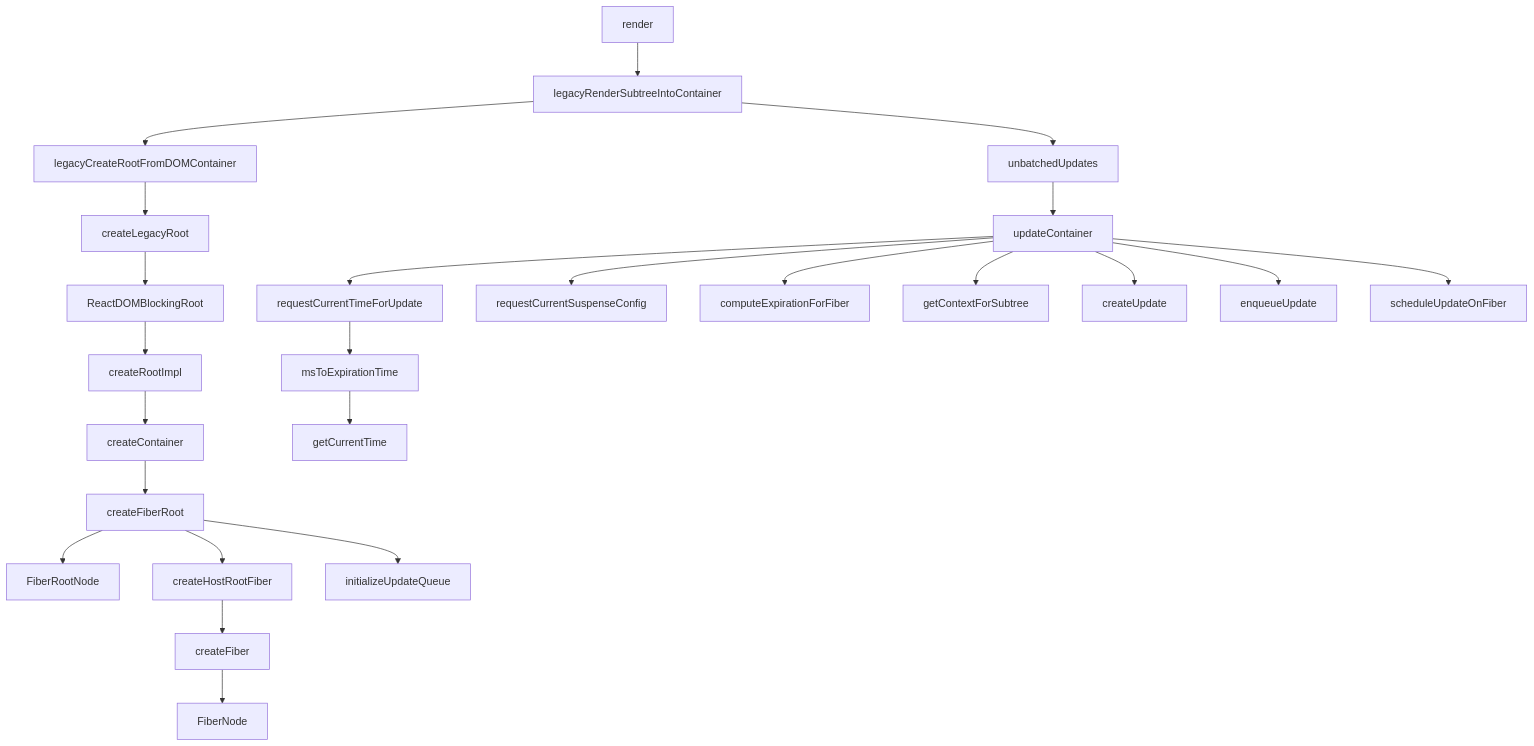
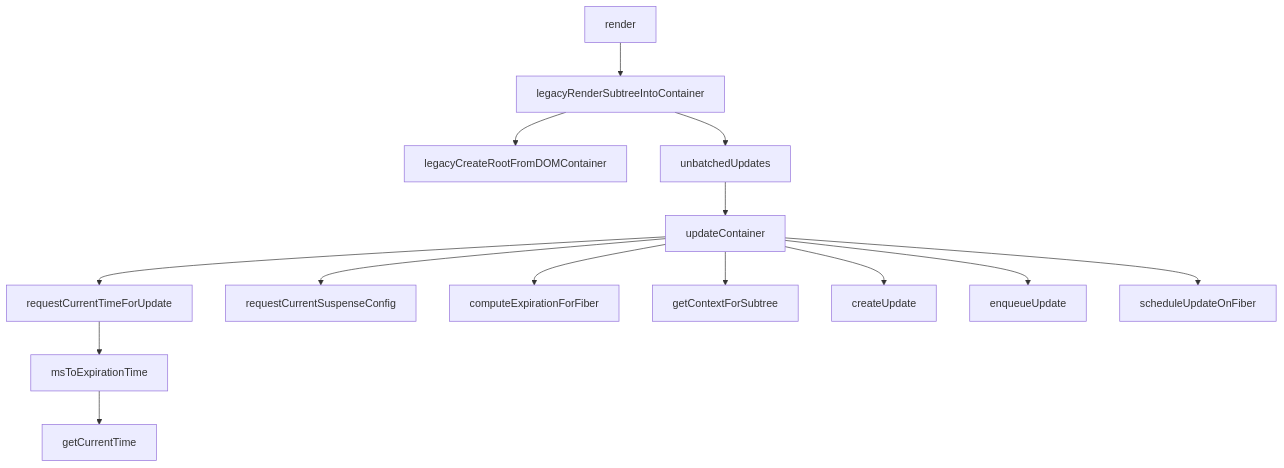
The first of 3 diagrams in source/_posts/2020-07-12-react源码学习之首次渲染的更新过程.md (ginnko/ginnko.github.io), drawn with Mermaid before and after one commit. The commit also changed 2 other files, not shown here.

Commit message:
in pushHostContainer

````diff
--- a/source/_posts/2020-07-12-react源码学习之首次渲染的更新过程.md
+++ b/source/_posts/2020-07-12-react源码学习之首次渲染的更新过程.md
@@ -15,27 +15,17 @@
 ```mermaid
 graph TD;
 
   render --> legacyRenderSubtreeIntoContainer;
   legacyRenderSubtreeIntoContainer --> legacyCreateRootFromDOMContainer;
-  legacyCreateRootFromDOMContainer --> createLegacyRoot;
-  createLegacyRoot --> ReactDOMBlockingRoot;
-  ReactDOMBlockingRoot --> createRootImpl;
-  createRootImpl --> createContainer;
-  createContainer --> createFiberRoot;
-  createFiberRoot --> FiberRootNode;
-  createFiberRoot --> createHostRootFiber;
-  createFiberRoot --> initializeUpdateQueue;
-  createHostRootFiber --> createFiber;
-  createFiber --> FiberNode;
   legacyRenderSubtreeIntoContainer --> unbatchedUpdates;
   unbatchedUpdates --> updateContainer;
   updateContainer --> requestCurrentTimeForUpdate;
   requestCurrentTimeForUpdate --> msToExpirationTime;
   msToExpirationTime --> getCurrentTime;
   updateContainer --> requestCurrentSuspenseConfig;
   updateContainer --> computeExpirationForFiber;
   updateContainer --> getContextForSubtree;
   updateContainer --> createUpdate;
   updateContainer --> enqueueUpdate;
   updateContainer --> scheduleUpdateOnFiber;
 ```
````
